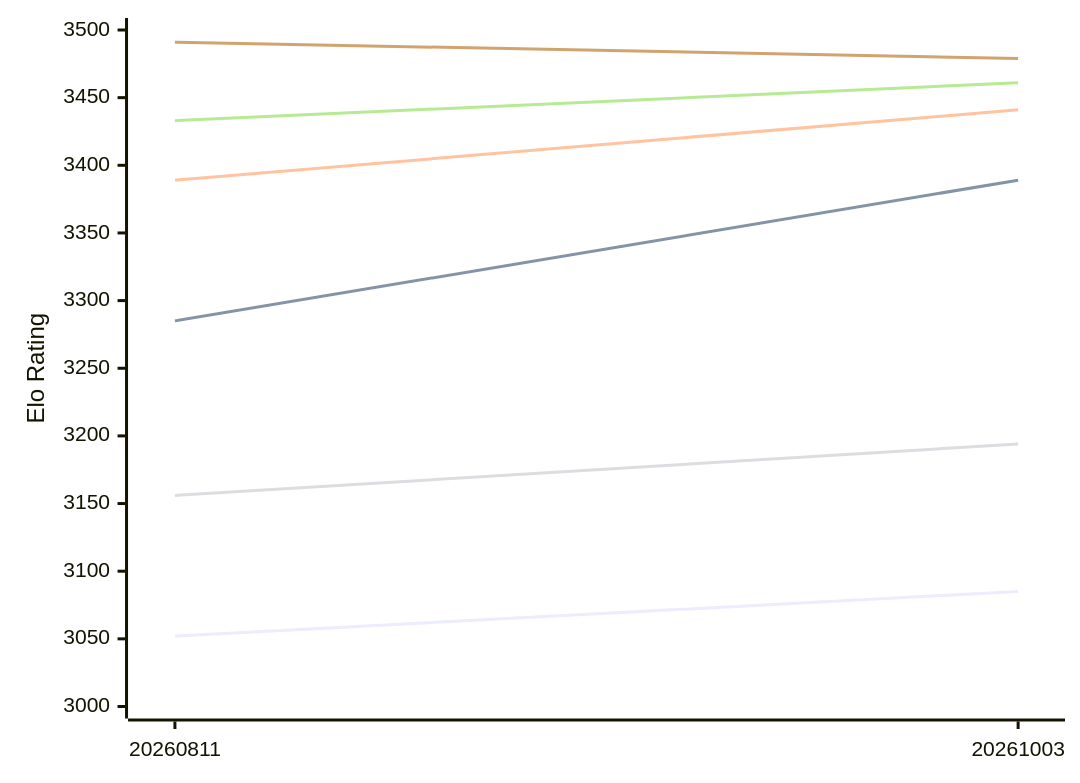
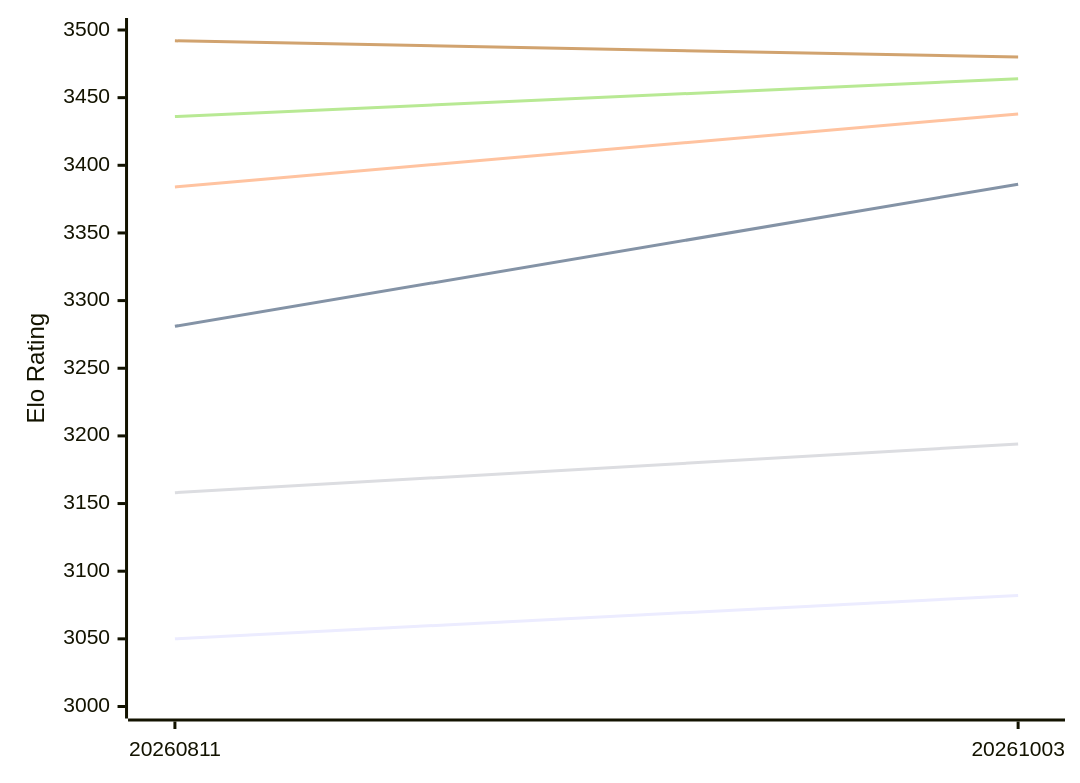
Before and after one commit to computer-chess-index/cci: the first of 2 diagrams in engines/Askaig.md, drawn with Mermaid. The commit also changed other lines of this file, not shown here.

Commit message:
Update CCI Ratings (ELO VLTC) - 2026-11-09

````diff
--- a/engines/Askaig.md
+++ b/engines/Askaig.md
@@ -52,12 +52,12 @@
 ```mermaid
 %%{init: {"theme":"base","themeVariables":{"seriesColors:['#a3a3a3','#222221','#faa371']}}}%%
 xychart-beta
   x-axis ["20260811", "20261003"]
   y-axis "Elo Rating" 3000 --> 3500
-  line "E1: STC (8.0+0.08s)" [3052, 3085]
-  line "E1: LTC (60.0+0.60s)" [3285, 3389]
-  line "E1: VLTC (2m24s+1.12s)" [3389, 3441]
-  line "P1: STC (8.0+0.08s)" [3156, 3194]
-  line "P1: LTC (60.0+0.60s)" [3433, 3461]
-  line "P1: VLTC (2m24s+1.12s)" [3491, 3479]
+  line "E1: STC (8.0+0.08s)" [3050, 3082]
+  line "E1: LTC (60.0+0.60s)" [3281, 3386]
+  line "E1: VLTC (2m24s+1.12s)" [3384, 3438]
+  line "P1: STC (8.0+0.08s)" [3158, 3194]
+  line "P1: LTC (60.0+0.60s)" [3436, 3464]
+  line "P1: VLTC (2m24s+1.12s)" [3492, 3480]
 ```
````
